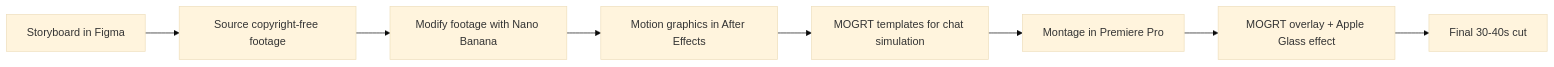
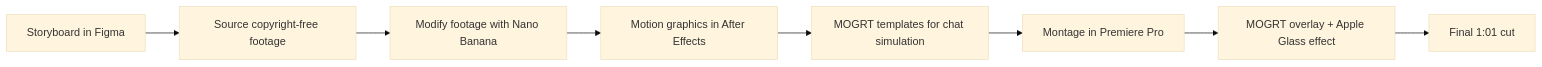
Before and after one commit to 100BadReasons/portfolio: the diagram in src/content/work/mastercard-agentic-concierge.mdx, drawn with Mermaid (base theme). The commit also changed other lines of this file and 9 other files, not shown here.

````diff
--- a/src/content/work/mastercard-agentic-concierge.mdx
+++ b/src/content/work/mastercard-agentic-concierge.mdx
@@ -80,10 +83,10 @@
 ```mermaid
 flowchart LR
   A[Storyboard in Figma] --> B[Source copyright-free footage]
   B --> C[Modify footage with Nano Banana]
   C --> D[Motion graphics in After Effects]
   D --> E[MOGRT templates for chat simulation]
   E --> F[Montage in Premiere Pro]
   F --> G[MOGRT overlay + Apple Glass effect]
-  G --> H[Final 30-40s cut]
+  G --> H[Final 1:01 cut]
 ```
````
